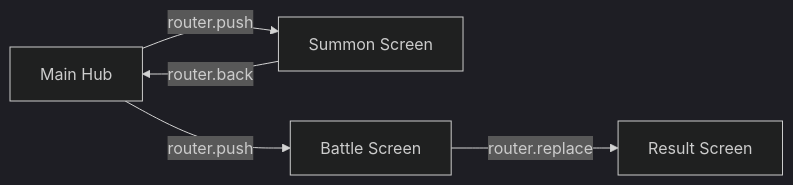
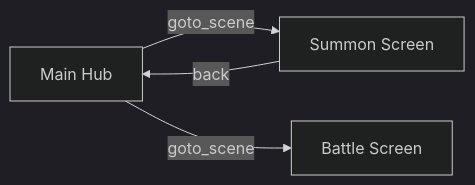
The second of 2 diagrams in docs/godot/scene-architecture.md (NamTran-Dev-2712/game-turn-battle), drawn with Mermaid (dark theme) before and after one commit. The commit also changed other lines of this file and 15 other files, not shown here.

````diff
--- a/docs/godot/scene-architecture.md
+++ b/docs/godot/scene-architecture.md
@@ -65,7 +65,6 @@
 ```mermaid
 flowchart LR
-    Hub[Main Hub] -->|router.push| Summon[Summon Screen]
-    Summon -->|router.back| Hub
-    Hub -->|router.push| Battle[Battle Screen]
-    Battle -->|router.replace| Result[Result Screen]
+    Hub[Main Hub] -->|goto_scene| Summon[Summon Screen]
+    Summon -->|back| Hub
+    Hub -->|goto_scene| Battle[Battle Screen]
 ```
````
